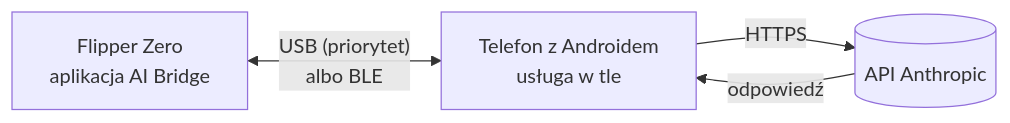
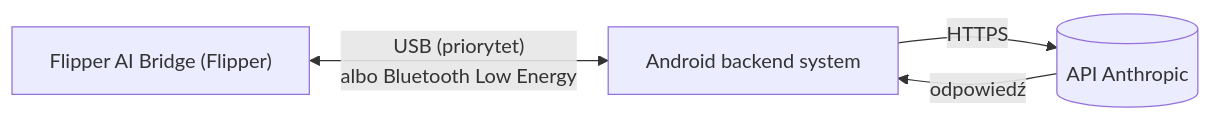
The diagram in README.pl.md (Nahida4479/Flipper-AI-Bridge), drawn with Mermaid before and after one commit. The commit also changed other lines of this file and 1 other file, not shown here.

First line of the commit message:
README: keep only the architecture diagram, rename nodes, spell out Bluetooth Low Energy

````diff
--- a/README.pl.md
+++ b/README.pl.md
@@ -19,6 +19,6 @@
 ```mermaid
 flowchart LR
-    F["Flipper Zero<br/>aplikacja AI Bridge"] <-->|"USB (priorytet)<br/>albo BLE"| P["Telefon z Androidem<br/>usługa w tle"]
+    F["Flipper AI Bridge (Flipper)"] <-->|"USB (priorytet)<br/>albo Bluetooth Low Energy"| P["Android backend system"]
     P -->|HTTPS| A[("API Anthropic")]
     A -->|odpowiedź| P
 ```
````
